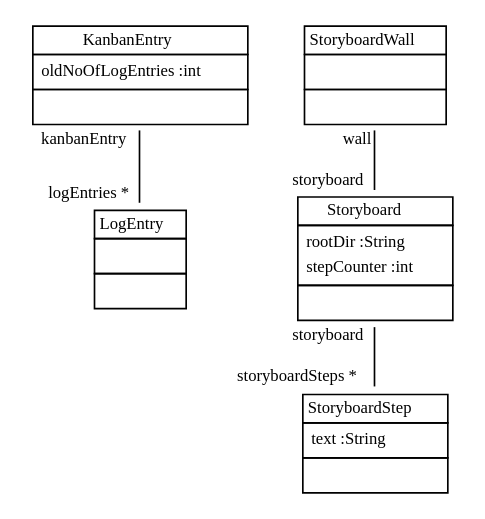
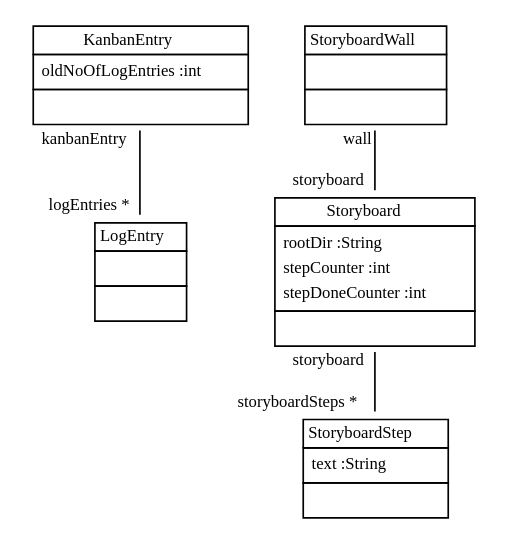
The diagram in doc/StoryboardClasses.001.dot (fujaba/SDMLib), drawn with Graphviz before and after one commit. The commit also changed 10 other files, not shown here.

```diff
--- a/doc/StoryboardClasses.001.dot
+++ b/doc/StoryboardClasses.001.dot
@@ -1,18 +1,18 @@
 
  digraph ClassDiagram {
     node [shape = none, fontsize = 10]; 
     edge [fontsize = 10];
     
     
     _KanbanEntry [label=<<table border='0' cellborder='1' cellspacing='0'> <tr> <td HREF="../src/org/sdmlib/storyboards/KanbanEntry.java">KanbanEntry</td> </tr> <tr><td><table border='0' cellborder='0' cellspacing='0'> <tr><td align='left'>oldNoOfLogEntries :int</td></tr>  </table></td></tr> <tr><td><table border='0' cellborder='0' cellspacing='0'> <tr><td> </td></tr> </table></td></tr> </table>>];
     _LogEntry [label=<<table border='0' cellborder='1' cellspacing='0'> <tr> <td HREF="../src/org/sdmlib/storyboards/LogEntry.java">LogEntry</td> </tr> <tr><td><table border='0' cellborder='0' cellspacing='0'> <tr><td> </td></tr> </table></td></tr> <tr><td><table border='0' cellborder='0' cellspacing='0'> <tr><td> </td></tr> </table></td></tr> </table>>];
     _StoryboardWall [label=<<table border='0' cellborder='1' cellspacing='0'> <tr> <td HREF="../src/org/sdmlib/storyboards/StoryboardWall.java">StoryboardWall</td> </tr> <tr><td><table border='0' cellborder='0' cellspacing='0'> <tr><td> </td></tr> </table></td></tr> <tr><td><table border='0' cellborder='0' cellspacing='0'> <tr><td> </td></tr> </table></td></tr> </table>>];
-    _Storyboard [label=<<table border='0' cellborder='1' cellspacing='0'> <tr> <td HREF="../src/org/sdmlib/storyboards/Storyboard.java">Storyboard</td> </tr> <tr><td><table border='0' cellborder='0' cellspacing='0'> <tr><td align='left'>rootDir :String</td></tr> <tr><td align='left'>stepCounter :int</td></tr>  </table></td></tr> <tr><td><table border='0' cellborder='0' cellspacing='0'> <tr><td> </td></tr> </table></td></tr> </table>>];
+    _Storyboard [label=<<table border='0' cellborder='1' cellspacing='0'> <tr> <td HREF="../src/org/sdmlib/storyboards/Storyboard.java">Storyboard</td> </tr> <tr><td><table border='0' cellborder='0' cellspacing='0'> <tr><td align='left'>rootDir :String</td></tr> <tr><td align='left'>stepCounter :int</td></tr> <tr><td align='left'>stepDoneCounter :int</td></tr>  </table></td></tr> <tr><td><table border='0' cellborder='0' cellspacing='0'> <tr><td> </td></tr> </table></td></tr> </table>>];
     _StoryboardStep [label=<<table border='0' cellborder='1' cellspacing='0'> <tr> <td HREF="../src/org/sdmlib/storyboards/StoryboardStep.java">StoryboardStep</td> </tr> <tr><td><table border='0' cellborder='0' cellspacing='0'> <tr><td align='left'>text :String</td></tr>  </table></td></tr> <tr><td><table border='0' cellborder='0' cellspacing='0'> <tr><td> </td></tr> </table></td></tr> </table>>];
     
     
     
     _KanbanEntry -> _LogEntry [headlabel = "logEntries *" taillabel = "kanbanEntry" arrowhead = "none" ];
     _StoryboardWall -> _Storyboard [headlabel = "storyboard" taillabel = "wall" arrowhead = "none" ];
     _Storyboard -> _StoryboardStep [headlabel = "storyboardSteps *" taillabel = "storyboard" arrowhead = "none" ];
 }
```
